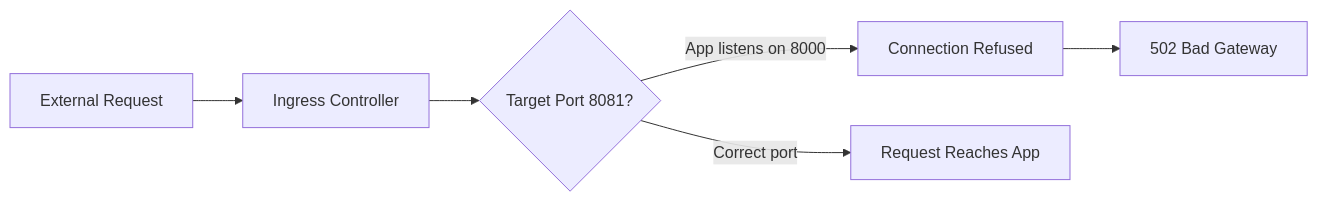
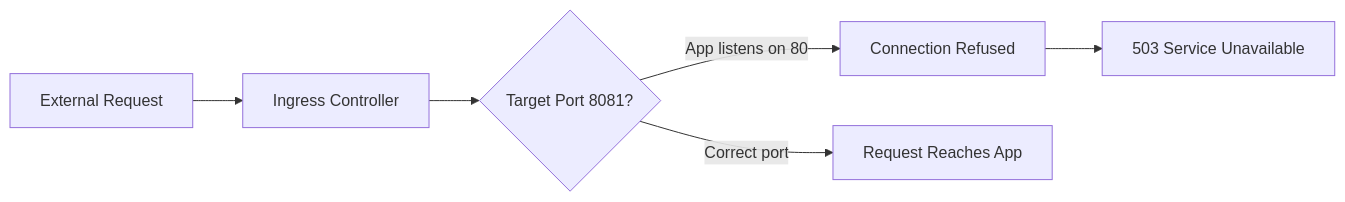
One commit to yeongseon/azure-container-apps-practical-guide changed the diagram in docs/troubleshooting/lab-guides/ingress-target-port-mismatch.md. Above: the diagram before and after it, drawn with Mermaid. The commit also changed other lines of this file and 5 other files, not shown here.

````diff
--- a/docs/troubleshooting/lab-guides/ingress-target-port-mismatch.md
+++ b/docs/troubleshooting/lab-guides/ingress-target-port-mismatch.md
@@ -28,8 +28,8 @@
 ```mermaid
 flowchart LR
     A[External Request] --> B[Ingress Controller]
     B --> C{Target Port 8081?}
-    C -->|App listens on 8000| D[Connection Refused]
+    C -->|App listens on 80| D[Connection Refused]
     C -->|Correct port| E[Request Reaches App]
-    D --> F[502 Bad Gateway]
+    D --> F[503 Service Unavailable]
 ```
````
